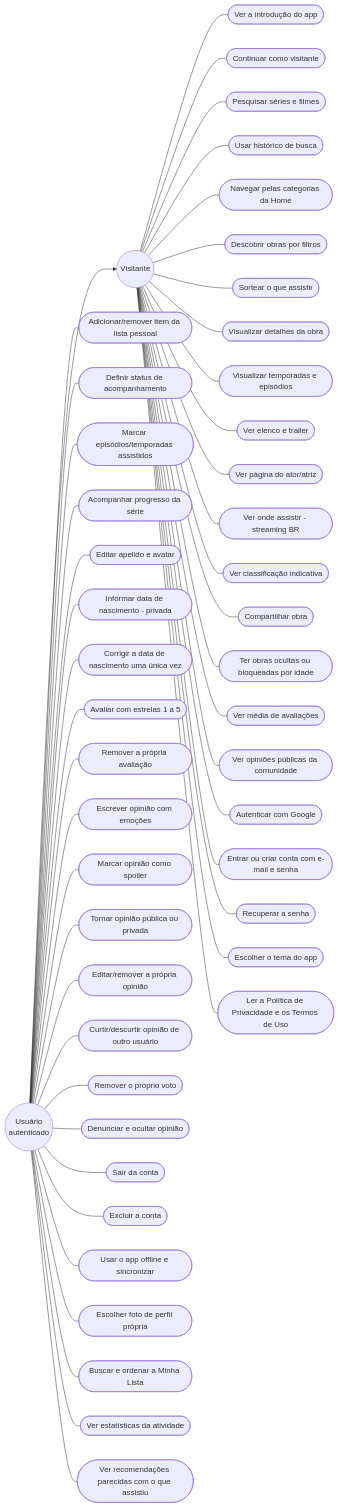
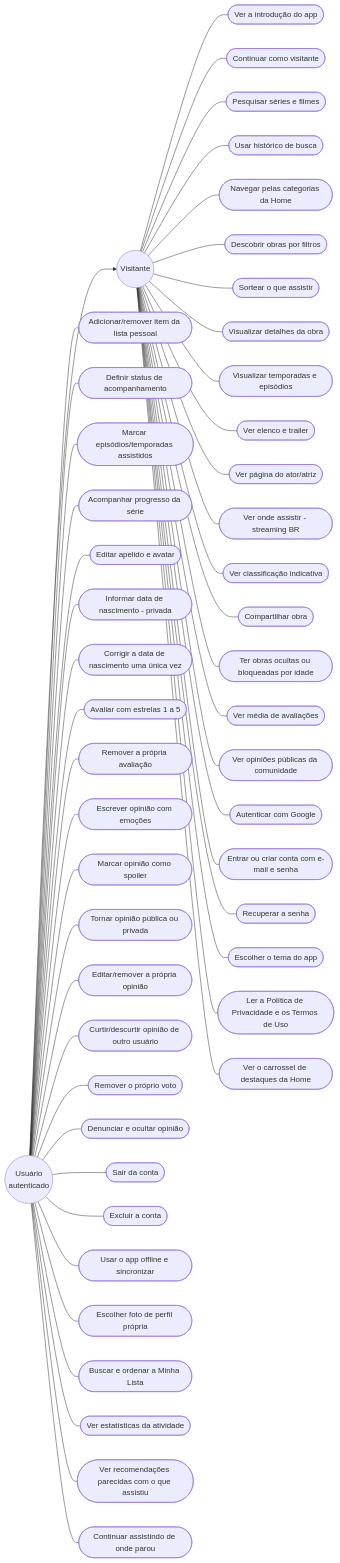
The diagram in docs/casos-de-uso.md (Lucksander/Seriando), drawn with Mermaid before and after one commit. The commit also changed other lines of this file and 17 other files, not shown here.

First line of the commit message:
Enriquece a Home com novos destaques

````diff
--- a/docs/casos-de-uso.md
+++ b/docs/casos-de-uso.md
@@ -10,54 +10,56 @@
 ```mermaid
 graph LR
   Visitante((Visitante))
   Usuario((Usuário
   autenticado))
   Usuario --> Visitante
 
   Visitante --- UC25([Ver a introdução do app])
   Visitante --- UC26([Continuar como visitante])
   Visitante --- UC01([Pesquisar séries e filmes])
   Visitante --- UC30([Usar histórico de busca])
   Visitante --- UC27([Navegar pelas categorias da Home])
   Visitante --- UC28([Descobrir obras por filtros])
   Visitante --- UC29([Sortear o que assistir])
   Visitante --- UC02([Visualizar detalhes da obra])
   Visitante --- UC03([Visualizar temporadas e episódios])
   Visitante --- UC04([Ver elenco e trailer])
   Visitante --- UC31([Ver página do ator/atriz])
   Visitante --- UC05([Ver onde assistir - streaming BR])
   Visitante --- UC32([Ver classificação indicativa])
   Visitante --- UC33([Compartilhar obra])
   Visitante --- UC34([Ter obras ocultas ou bloqueadas por idade])
   Visitante --- UC06([Ver média de avaliações])
   Visitante --- UC07([Ver opiniões públicas da comunidade])
   Visitante --- UC08([Autenticar com Google])
   Visitante --- UC39([Entrar ou criar conta com e-mail e senha])
   Visitante --- UC40([Recuperar a senha])
   Visitante --- UC44([Escolher o tema do app])
   Visitante --- UC38([Ler a Política de Privacidade e os Termos de Uso])
 
   Usuario --- UC09([Adicionar/remover item da lista pessoal])
   Usuario --- UC10([Definir status de acompanhamento])
   Usuario --- UC11([Marcar episódios/temporadas assistidos])
   Usuario --- UC12([Acompanhar progresso da série])
   Usuario --- UC13([Editar apelido e avatar])
   Usuario --- UC14([Informar data de nascimento - privada])
   Usuario --- UC35([Corrigir a data de nascimento uma única vez])
   Usuario --- UC15([Avaliar com estrelas 1 a 5])
   Usuario --- UC16([Remover a própria avaliação])
   Usuario --- UC17([Escrever opinião com emoções])
   Usuario --- UC18([Marcar opinião como spoiler])
   Usuario --- UC19([Tornar opinião pública ou privada])
   Usuario --- UC20([Editar/remover a própria opinião])
   Usuario --- UC21([Curtir/descurtir opinião de outro usuário])
   Usuario --- UC22([Remover o próprio voto])
   Usuario --- UC23([Denunciar e ocultar opinião])
   Usuario --- UC24([Sair da conta])
   Usuario --- UC36([Excluir a conta])
   Usuario --- UC37([Usar o app offline e sincronizar])
   Usuario --- UC41([Escolher foto de perfil própria])
   Usuario --- UC42([Buscar e ordenar a Minha Lista])
   Usuario --- UC43([Ver estatísticas da atividade])
   Usuario --- UC45([Ver recomendações parecidas com o que assistiu])
+  Usuario --- UC47([Continuar assistindo de onde parou])
+  Visitante --- UC46([Ver o carrossel de destaques da Home])
 ```
````
